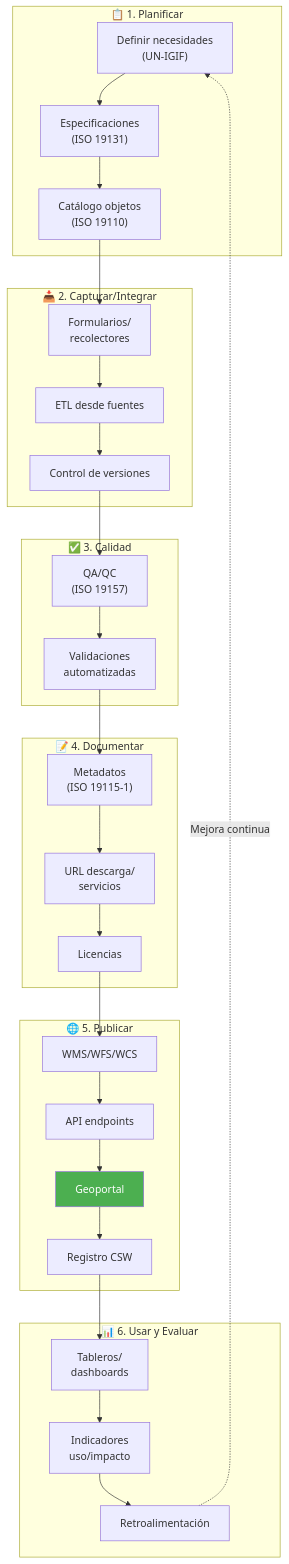
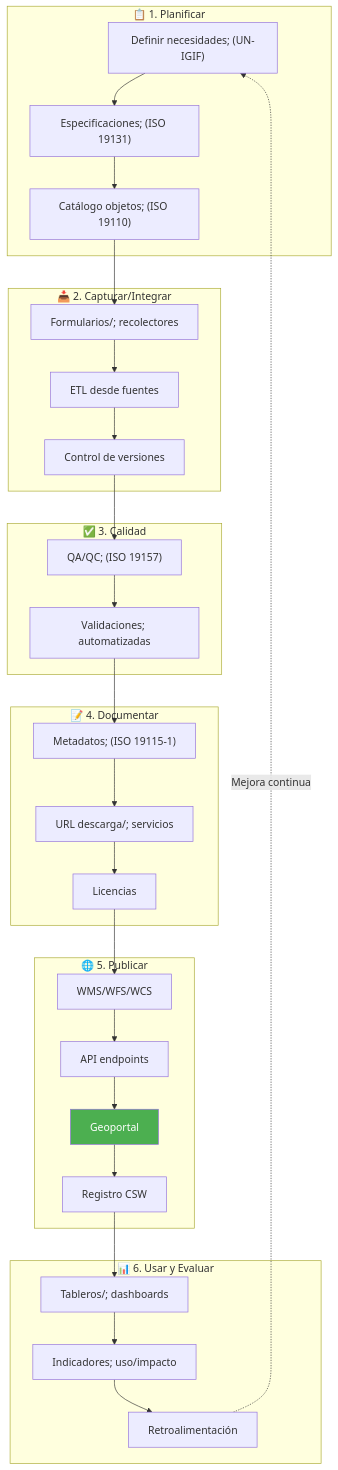
Before and after one commit to felix-antonio-sl/kora: the second of 7 diagrams in drafts/gn/bpmn/bpmn-d10-geoespacial-ide.md, drawn with Mermaid. The commit also changed other lines of this file and 265 other files, not shown here.

````diff
--- a/drafts/gn/bpmn/bpmn-d10-geoespacial-ide.md
+++ b/drafts/gn/bpmn/bpmn-d10-geoespacial-ide.md
@@ -106,36 +109,43 @@
 ```mermaid
 flowchart TD
-    subgraph PLANIFICAR["📋 1. Planificar"]
-        A["Definir necesidades<br/>(UN-IGIF)"]
-        B["Especificaciones<br/>(ISO 19131)"]
-        C["Catálogo objetos<br/>(ISO 19110)"]
-    end
-    subgraph CAPTURAR["📥 2. Capturar/Integrar"]
-        D["Formularios/<br/>recolectores"]
-        E["ETL desde fuentes"]
-        F["Control de versiones"]
-    end
-    subgraph CALIDAD["✅ 3. Calidad"]
-        G["QA/QC<br/>(ISO 19157)"]
-        H["Validaciones<br/>automatizadas"]
-    end
-    subgraph DOCUMENTAR["📝 4. Documentar"]
-        I["Metadatos<br/>(ISO 19115-1)"]
-        J["URL descarga/<br/>servicios"]
-        K["Licencias"]
-    end
-    subgraph PUBLICAR["🌐 5. Publicar"]
-        L["WMS/WFS/WCS"]
-        M["API endpoints"]
-        N["Geoportal"]
-        O["Registro CSW"]
-    end
-    subgraph USAR["📊 6. Usar y Evaluar"]
-        P["Tableros/<br/>dashboards"]
-        Q["Indicadores<br/>uso/impacto"]
-        R["Retroalimentación"]
-    end
-    A --> B --> C --> D --> E --> F --> G --> H --> I --> J --> K --> L --> M --> N --> O --> P --> Q --> R
-    R -.->|"Mejora continua"| A
-    style N fill:#4CAF50,color:#fff
+ subgraph PLANIFICAR["📋 1. Planificar"]
+ A["Definir necesidades; (UN-IGIF)"]
+ B["Especificaciones; (ISO 19131)"]
+ C["Catálogo objetos; (ISO 19110)"]
+ end
+
+ subgraph CAPTURAR["📥 2. Capturar/Integrar"]
+ D["Formularios/; recolectores"]
+ E["ETL desde fuentes"]
+ F["Control de versiones"]
+ end
+
+ subgraph CALIDAD["✅ 3. Calidad"]
+ G["QA/QC; (ISO 19157)"]
+ H["Validaciones; automatizadas"]
+ end
+
+ subgraph DOCUMENTAR["📝 4. Documentar"]
+ I["Metadatos; (ISO 19115-1)"]
+ J["URL descarga/; servicios"]
+ K["Licencias"]
+ end
+
+ subgraph PUBLICAR["🌐 5. Publicar"]
+ L["WMS/WFS/WCS"]
+ M["API endpoints"]
+ N["Geoportal"]
+ O["Registro CSW"]
+ end
+
+ subgraph USAR["📊 6. Usar y Evaluar"]
+ P["Tableros/; dashboards"]
+ Q["Indicadores; uso/impacto"]
+ R["Retroalimentación"]
+ end
+
+ A --> B --> C --> D --> E --> F --> G --> H --> I --> J --> K --> L --> M --> N --> O --> P --> Q --> R
+ R -.->|"Mejora continua"| A
+
+ style N fill:#4CAF50,color:#fff
 ```
````
